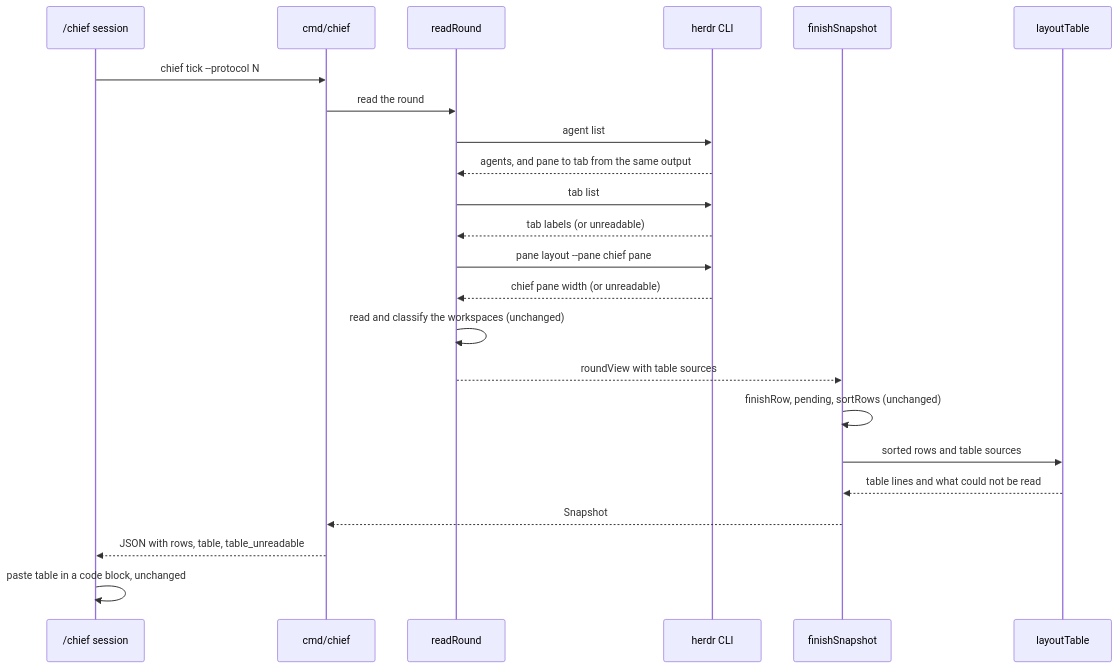
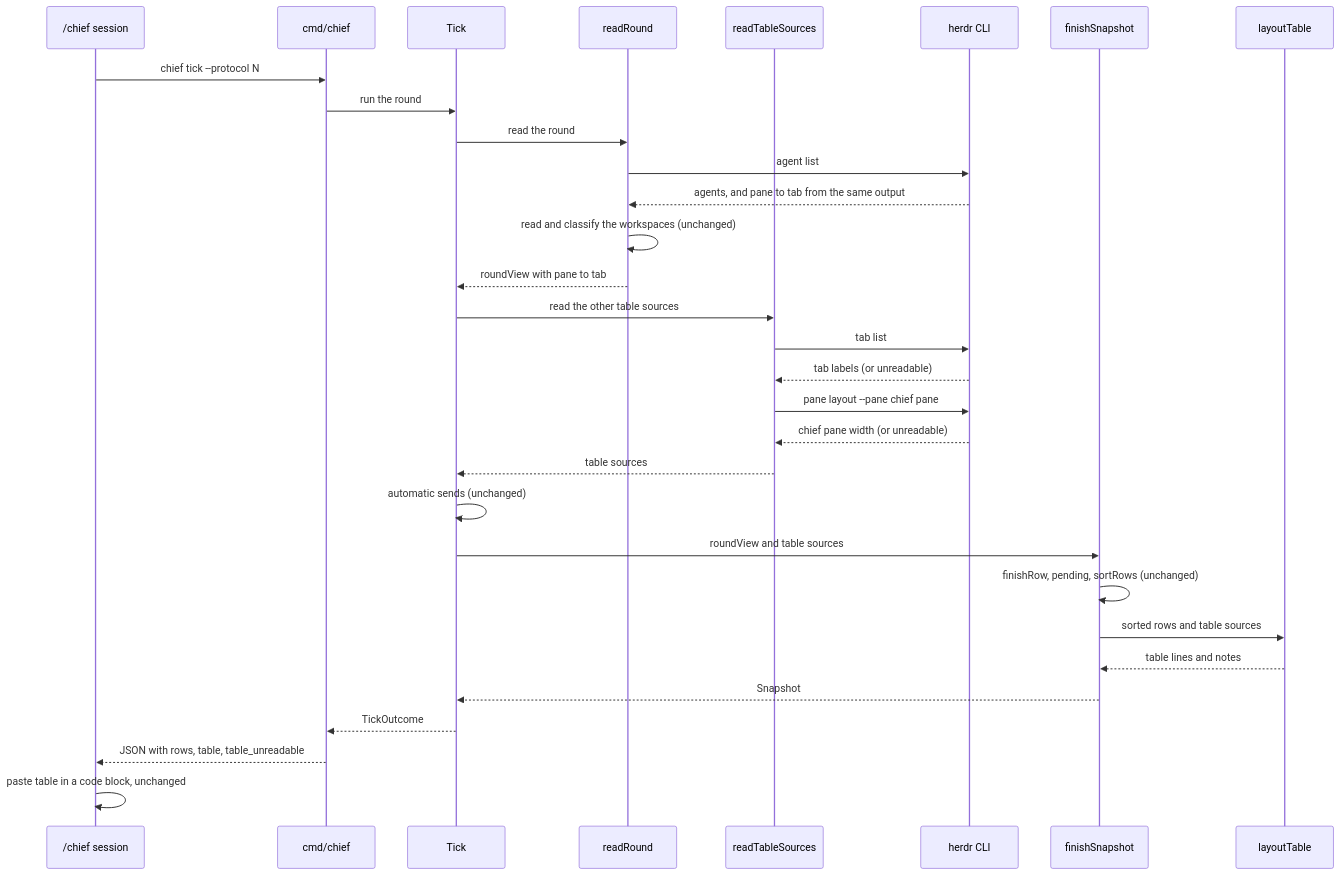
One commit to isseis/yt2column changed the third of 5 diagrams in docs/tasks/0102_chief_text_table/02_architecture.md. Above: the diagram before and after it, drawn with Mermaid. The commit also changed other lines of this file and 1 other file, not shown here.

First line of the commit message:
docs(0102): address the review of the architecture

````diff
--- a/docs/tasks/0102_chief_text_table/02_architecture.md
+++ b/docs/tasks/0102_chief_text_table/02_architecture.md
@@ -172,26 +185,34 @@
 ```mermaid
 sequenceDiagram
     participant D as /chief session
     participant M as cmd/chief
+    participant E as Tick
     participant R as readRound
+    participant S as readTableSources
     participant H as herdr CLI
     participant F as finishSnapshot
     participant T as layoutTable
 
     D->>M: chief tick --protocol N
-    M->>R: read the round
+    M->>E: run the round
+    E->>R: read the round
     R->>H: agent list
     H-->>R: agents, and pane to tab from the same output
-    R->>H: tab list
-    H-->>R: tab labels (or unreadable)
-    R->>H: pane layout --pane chief pane
-    H-->>R: chief pane width (or unreadable)
     R->>R: read and classify the workspaces (unchanged)
-    R-->>F: roundView with table sources
+    R-->>E: roundView with pane to tab
+    E->>S: read the other table sources
+    S->>H: tab list
+    H-->>S: tab labels (or unreadable)
+    S->>H: pane layout --pane chief pane
+    H-->>S: chief pane width (or unreadable)
+    S-->>E: table sources
+    E->>E: automatic sends (unchanged)
+    E->>F: roundView and table sources
     F->>F: finishRow, pending, sortRows (unchanged)
     F->>T: sorted rows and table sources
-    T-->>F: table lines and what could not be read
-    F-->>M: Snapshot
+    T-->>F: table lines and notes
+    F-->>E: Snapshot
+    E-->>M: TickOutcome
     M-->>D: JSON with rows, table, table_unreadable
     D->>D: paste table in a code block, unchanged
 ```
````
